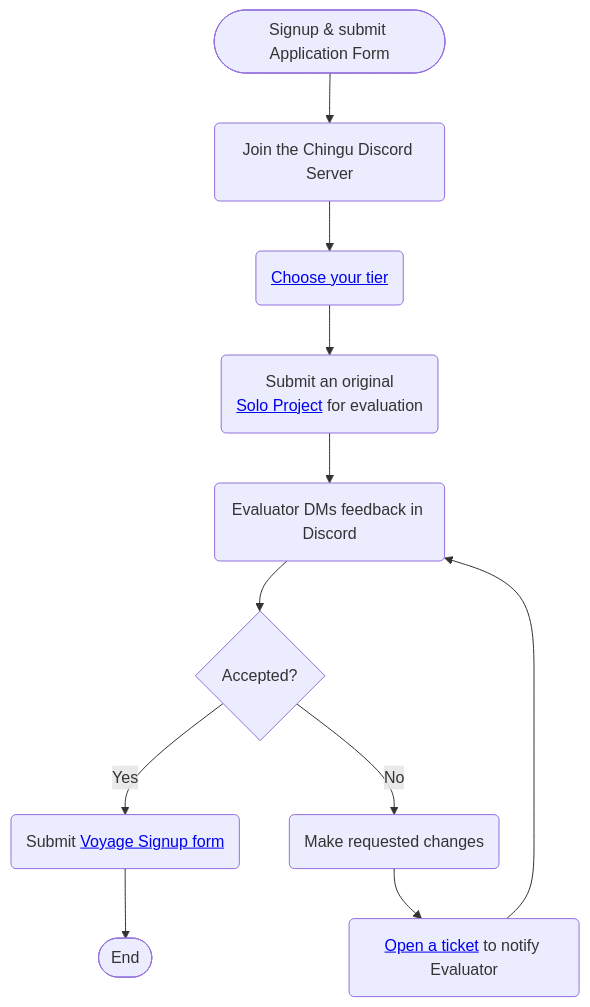
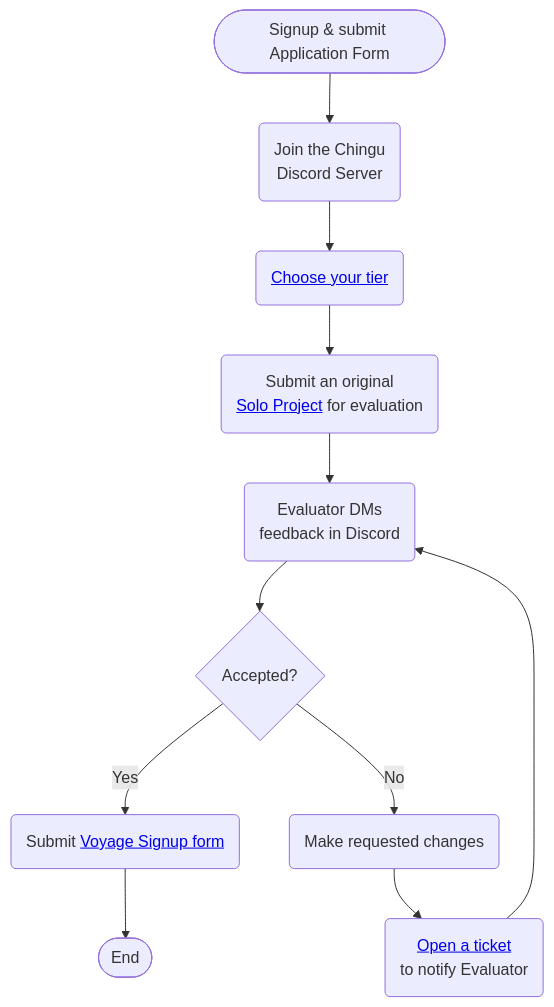
Before and after one commit to chingu-voyages/Handbook: the diagram in README.md, drawn with Mermaid. The commit also changed 1 other file, not shown here.

Commit message:
Feature: Add line breaks to Mermaid diagrams

````diff
--- a/README.md
+++ b/README.md
@@ -50,13 +50,13 @@
 ```mermaid
 flowchart TB
-   A(["Signup & submit Application Form"]) --> B(Join the Chingu Discord Server);
+   A(["Signup & submit Application Form"]) --> B(Join the Chingu</br>Discord Server);
    B --> C(<a href='https://github.com/chingu-voyages/Handbook/blob/main/docs/guides/soloproject/soloproject.md#1-choose-your-tier-1%EF%B8%8F%E2%83%A3-2%EF%B8%8F%E2%83%A3-3%EF%B8%8F%E2%83%A3' target='_blank'>Choose your tier</a>);
    C --> D(Submit an original</br><a href='https://github.com/chingu-voyages/Handbook/blob/main/docs/guides/soloproject/soloproject.md' target='_blank'>Solo Project</a> for evaluation);
-   D --> E(Evaluator DMs feedback in Discord);
+   D --> E(Evaluator DMs</br>feedback in Discord);
    E --> F{Accepted?};
    F -- Yes --> G(Submit <a href='https://forms.gle/dFaNuYWAjARd99qo8' target='_blank'>Voyage Signup form</a>);
    F -- No --> H(Make requested changes);
-   H --> I(<a href='https://discord.com/channels/330284646283608064/1193342042080817323' target='_blank'>Open a ticket</a> to notify Evaluator);
+   H --> I(<a href='https://discord.com/channels/330284646283608064/1193342042080817323' target='_blank'>Open a ticket</a></br>to notify Evaluator);
    I --> E;
    G --> Z([End]);
 ```
````
